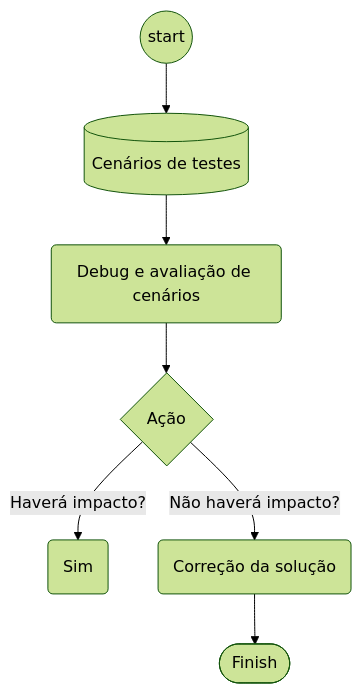
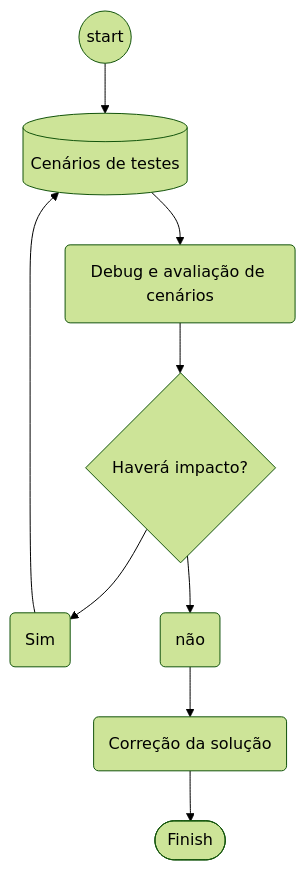
One commit to edmilson-nascimento/abap-7.4 changed the diagram in README.md. Above: the diagram before and after it, drawn with Mermaid (forest theme).

````diff
--- a/README.md
+++ b/README.md
@@ -13,13 +13,17 @@
 ```mermaid
 flowchart TD
     
     Start((start)) --> DadosTeste[(Cenários de testes)]
     
     DadosTeste --> Debug(Debug e avaliação de cenários)
-    Debug --> CheckAcao{Ação} 
+    Debug --> CheckAcao{Haverá impacto?} 
 
-    CheckAcao --> |Haverá impacto?| sim(Sim)
-    CheckAcao --> |Não haverá impacto?| Fix(Correção da solução)
+    CheckAcao --> sim(Sim)
+    sim --> DadosTeste
+    
+    CheckAcao --> nao(não)
+    
+    nao --> Fix(Correção da solução)
 
     Fix --> Finish([Finish])
 ```
````
